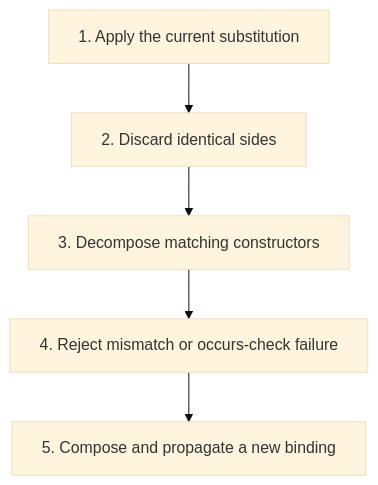
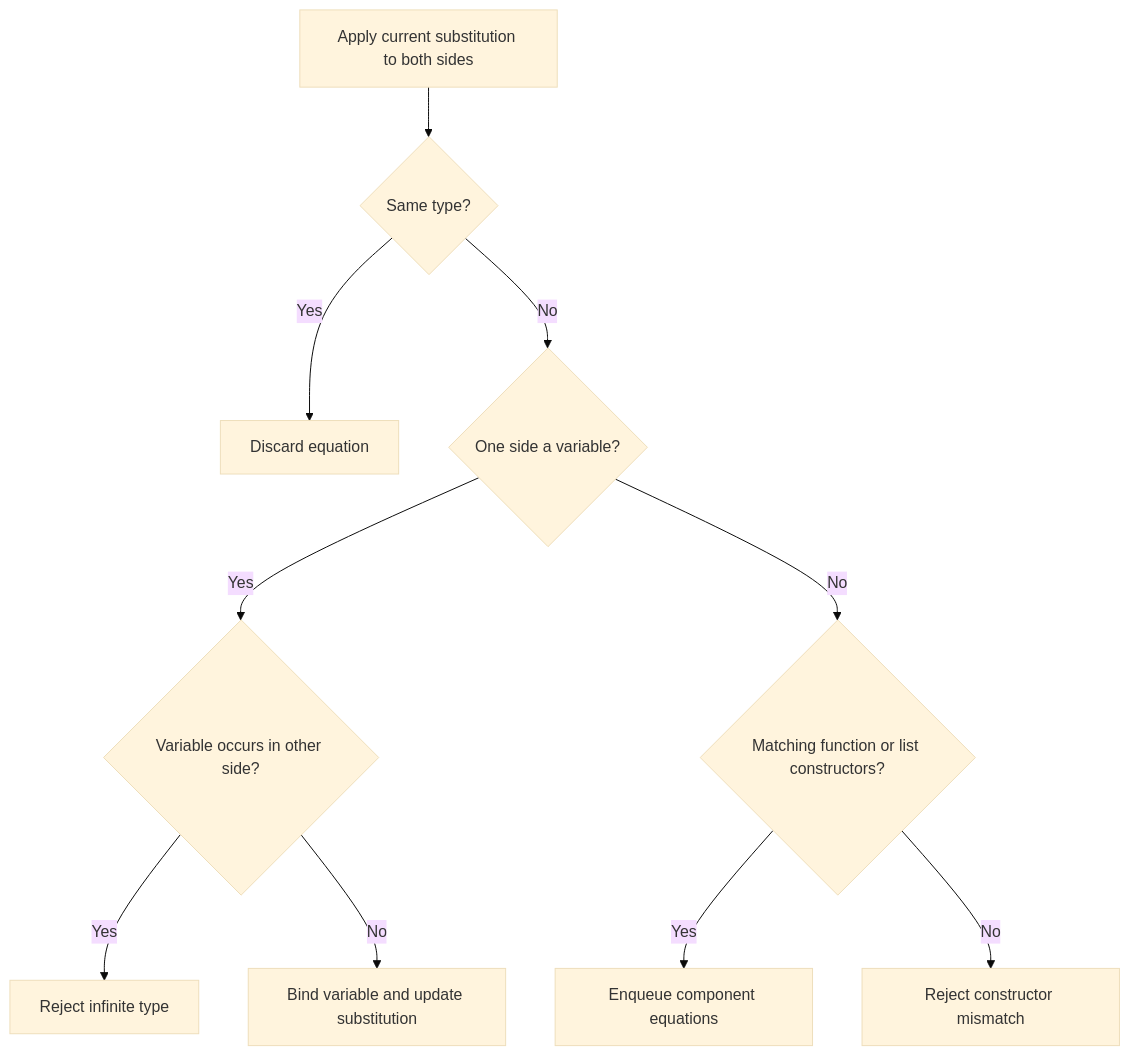
The diagram in dist/assets/diagrams/textbook-08-9.mmd (S0lluxx26/Programming_language_book_analyze), drawn with Mermaid (base theme) before and after one commit. The commit also changed 106 other files, not shown here.

```diff
--- a/dist/assets/diagrams/textbook-08-9.mmd
+++ b/dist/assets/diagrams/textbook-08-9.mmd
@@ -1,13 +1,12 @@
-%%{init: {"flowchart": {"wrappingWidth": 600}}}%%
 flowchart TD
-  accTitle: Lecture 17 reasoning route
-  accDescr: Numbered stages for applying type inference iii: unification.
-  N0["1. Apply the current substitution"]
-  N1["2. Discard identical sides"]
-  N0 --> N1
-  N2["3. Decompose matching constructors"]
-  N1 --> N2
-  N3["4. Reject mismatch or occurs-check failure"]
-  N2 --> N3
-  N4["5. Compose and propagate a new binding"]
-  N3 --> N4
+  accTitle: Chapter 8 - unification decision tree
+  accDescr: Normalize an equation, then delete, decompose, bind with an occurs check, or reject incompatible constructors.
+  A["Apply current substitution to both sides"] --> B{"Same type?"}
+  B -->|Yes| C["Discard equation"]
+  B -->|No| D{"One side a variable?"}
+  D -->|Yes| E{"Variable occurs in other side?"}
+  E -->|Yes| F["Reject infinite type"]
+  E -->|No| G["Bind variable and update substitution"]
+  D -->|No| H{"Matching function or list constructors?"}
+  H -->|Yes| I["Enqueue component equations"]
+  H -->|No| J["Reject constructor mismatch"]
```
